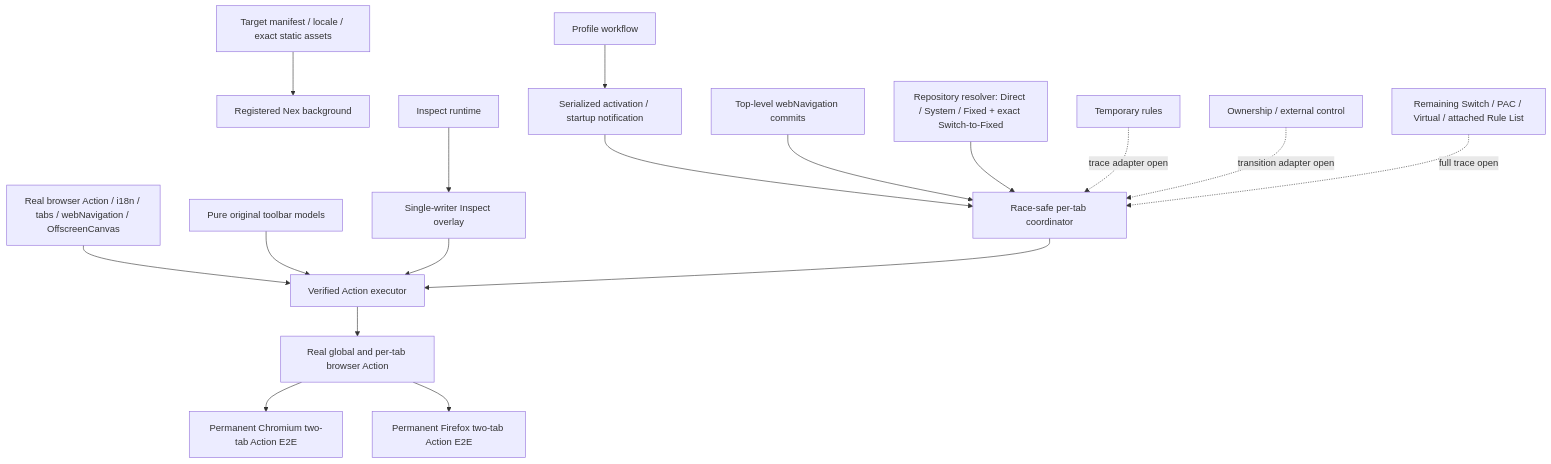
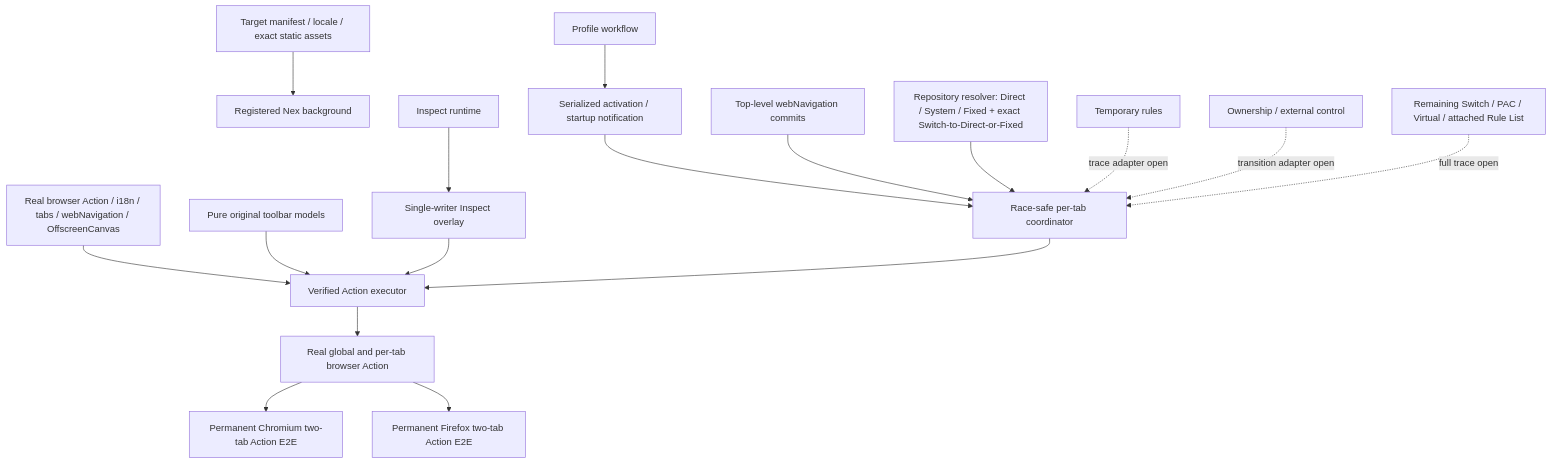
The second of 2 diagrams in docs/DELIVERY_ORDER_01_TOOLBAR_STATE.md (ChriX-Goh/ZeroOmega-Nex), drawn with Mermaid before and after one commit. The commit also changed other lines of this file and 8 other files, not shown here.

Commit message:
docs: record exact Switch to Direct toolbar traces

````diff
--- a/docs/DELIVERY_ORDER_01_TOOLBAR_STATE.md
+++ b/docs/DELIVERY_ORDER_01_TOOLBAR_STATE.md
@@ -147,19 +148,19 @@
 ```mermaid
 graph TD
   M[Target manifest / locale / exact static assets] --> B[Registered Nex background]
   API[Real browser Action / i18n / tabs / webNavigation / OffscreenCanvas] --> EXEC[Verified Action executor]
   PURE[Pure original toolbar models] --> EXEC
   WF[Profile workflow] --> NOTICE[Serialized activation / startup notification]
   NOTICE --> COORD[Race-safe per-tab coordinator]
   NAV[Top-level webNavigation commits] --> COORD
-  RES[Repository resolver: Direct / System / Fixed + exact Switch-to-Fixed] --> COORD
+  RES[Repository resolver: Direct / System / Fixed + exact Switch-to-Direct-or-Fixed] --> COORD
   INSPECT[Inspect runtime] --> OVERLAY[Single-writer Inspect overlay]
   OVERLAY --> EXEC
   COORD --> EXEC
   EXEC --> ACTION[Real global and per-tab browser Action]
   ACTION --> CHROME[Permanent Chromium two-tab Action E2E]
   ACTION --> FIREFOX[Permanent Firefox two-tab Action E2E]
   TEMP[Temporary rules] -. trace adapter open .-> COORD
   OWN[Ownership / external control] -. transition adapter open .-> COORD
   INCLUSIVE[Remaining Switch / PAC / Virtual / attached Rule List] -. full trace open .-> COORD
 ```
````
